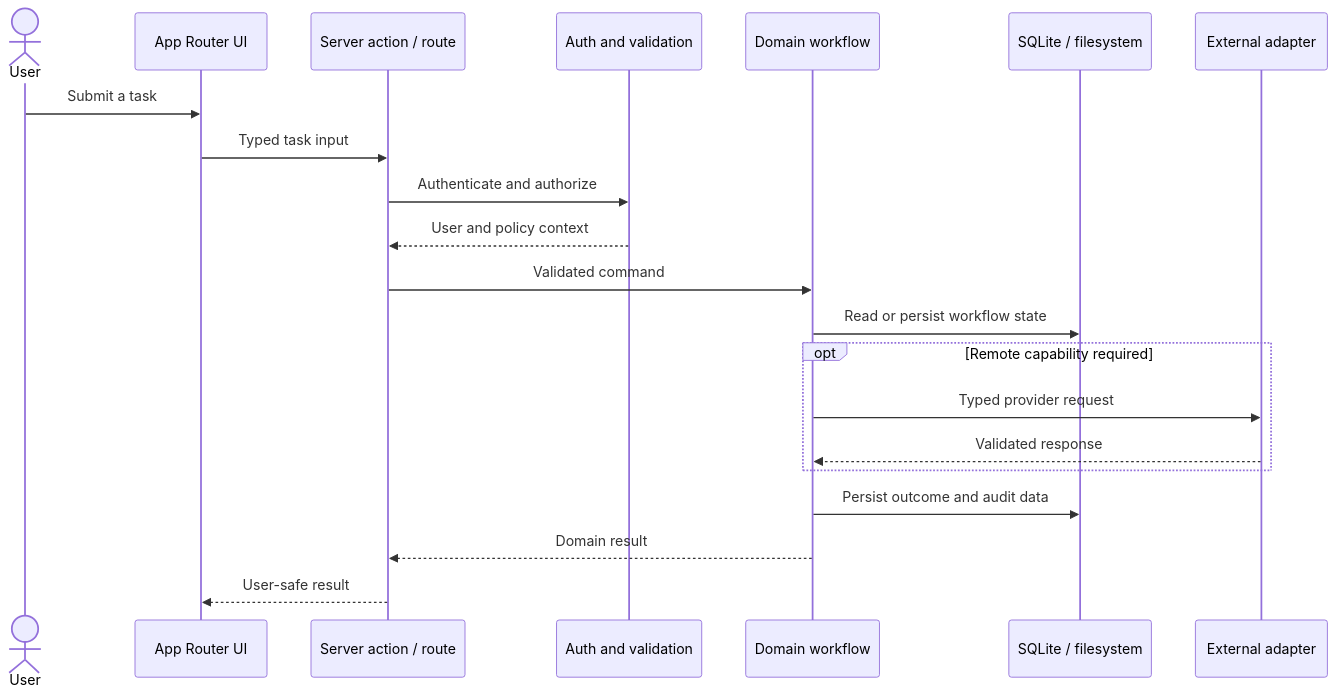
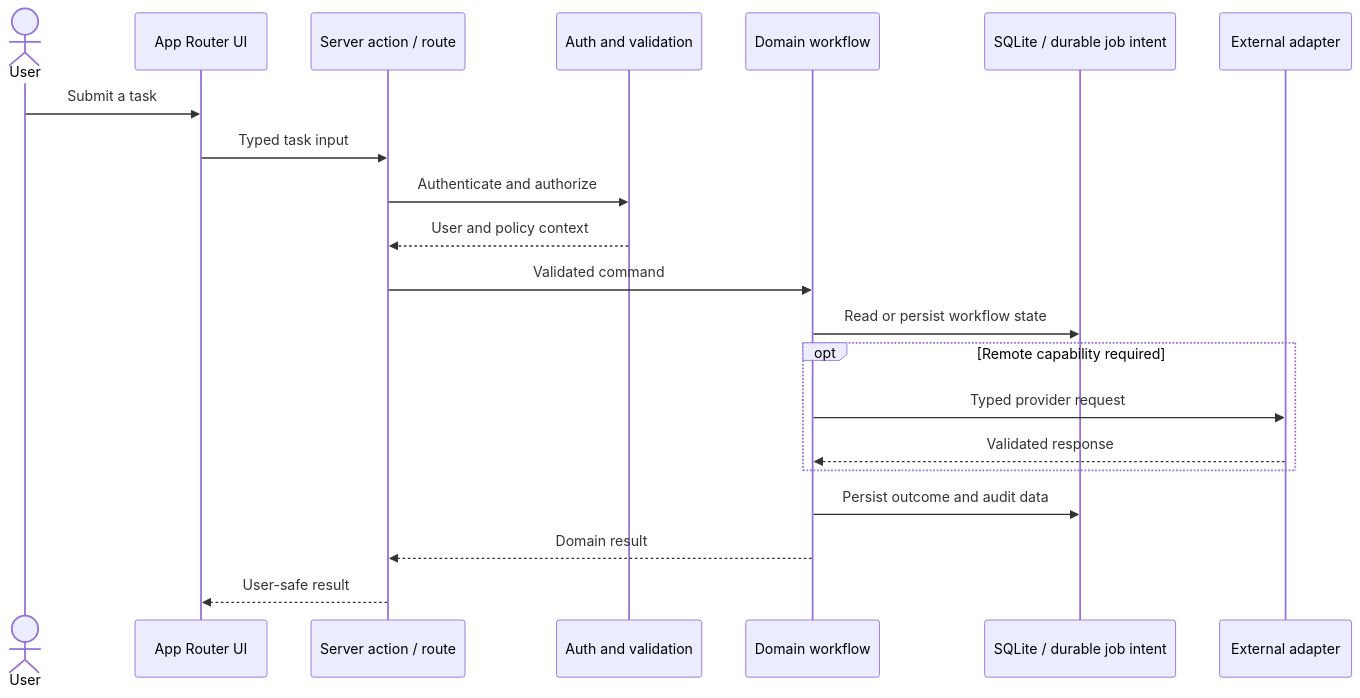
One commit to TannerMidd/Nooklet changed the third of 5 diagrams in docs/wiki/Architecture.md. Above: the diagram before and after it, drawn with Mermaid. The commit also changed other lines of this file and 351 other files, not shown here.

````diff
--- a/docs/wiki/Architecture.md
+++ b/docs/wiki/Architecture.md
@@ -71,24 +72,24 @@
 ```mermaid
 sequenceDiagram
   actor User
   participant UI as App Router UI
   participant Boundary as Server action / route
   participant Auth as Auth and validation
   participant Workflow as Domain workflow
-  participant Data as SQLite / filesystem
+  participant Data as SQLite / durable job intent
   participant Adapter as External adapter
 
   User->>UI: Submit a task
   UI->>Boundary: Typed task input
   Boundary->>Auth: Authenticate and authorize
   Auth-->>Boundary: User and policy context
   Boundary->>Workflow: Validated command
   Workflow->>Data: Read or persist workflow state
   opt Remote capability required
     Workflow->>Adapter: Typed provider request
     Adapter-->>Workflow: Validated response
   end
   Workflow->>Data: Persist outcome and audit data
   Workflow-->>Boundary: Domain result
   Boundary-->>UI: User-safe result
 ```
````
